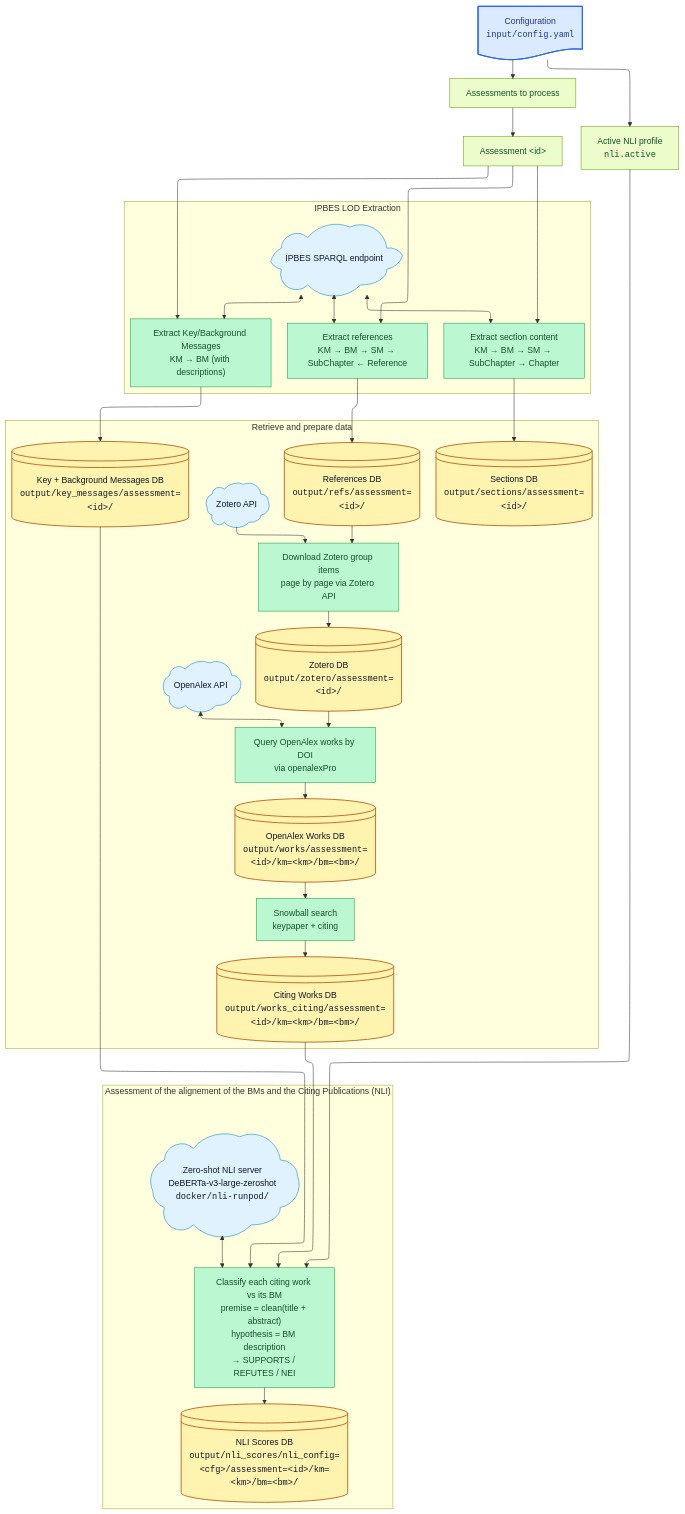
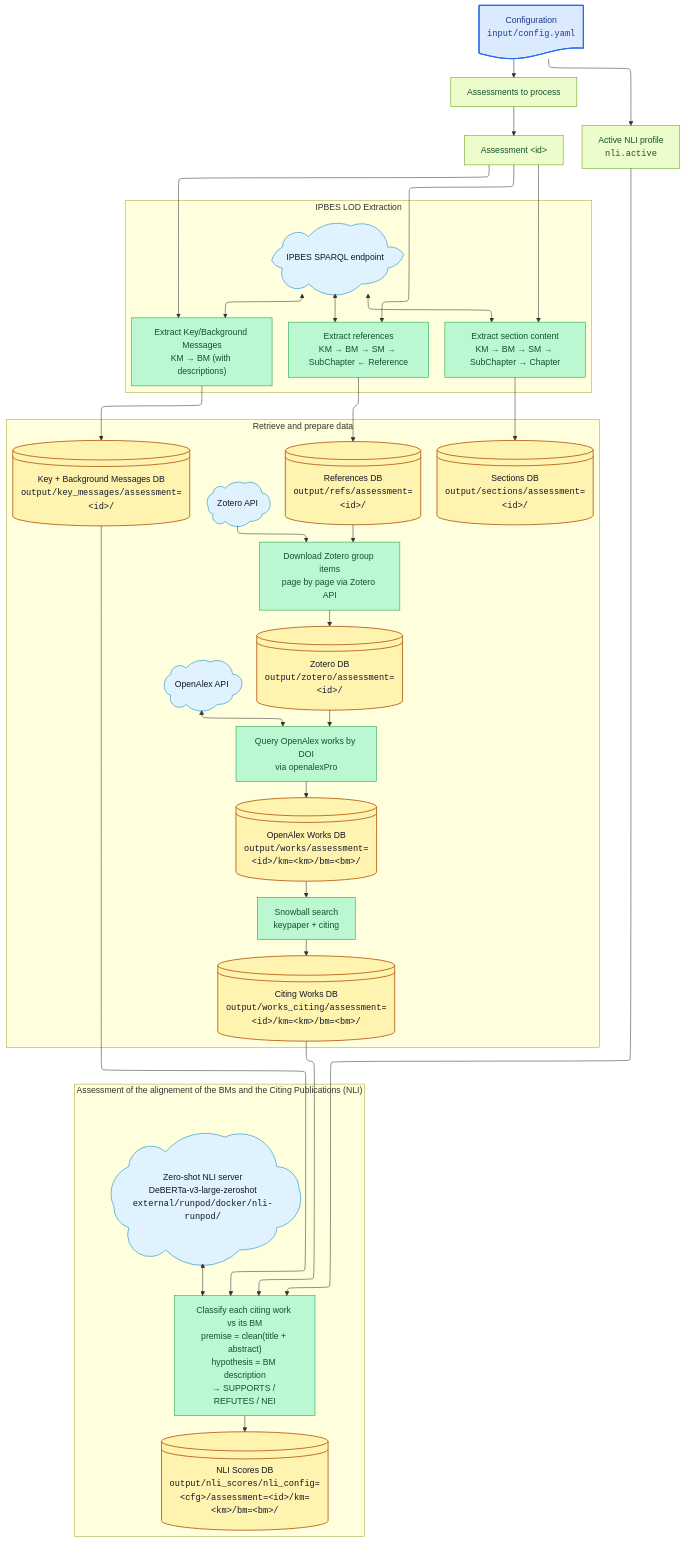
The diagram in input/mmd/workflow_nli.mmd (IPBES-Data/IPBES_BM_Fact_Checker), drawn with Mermaid before and after one commit. The commit also changed 31 other files, not shown here.

First line of the commit message:
Migrate RunPod docker/scripts to the external/runpod submodule

```diff
--- a/input/mmd/workflow_nli.mmd
+++ b/input/mmd/workflow_nli.mmd
@@ -1,113 +1,113 @@
 ---
 config:
   layout: elk
   elk:
     nodePlacementStrategy: BRANDES_KOEPF
 ---
 flowchart TD
 
   %% Configuration
   config_file@{ shape: doc, label: "Configuration <br><tt>input/config.yaml</tt>" }
   assessment_list@{ shape: rect, label: "Assessments to process" }
   assessment_id@{ shape: rect, label: "Assessment &lt;id&gt;" }
   nli_active@{ shape: rect, label: "Active NLI profile<br/><tt>nli.active</tt>" }
 
   config_file --> assessment_list
   assessment_list --> assessment_id
   assessment_id --> build_refs
 
   %% LOD Extraction — grouped so the three parallel queries stay in one horizontal band
   subgraph lod["IPBES LOD Extraction"]
     direction TB
 
     %% Nodes
     sparql@{ shape: cloud, label: "IPBES SPARQL endpoint" }
     build_refs@{ shape: rect, label: "Extract references<br/>KM → BM → SM → SubChapter ← Reference" }
     build_sections@{ shape: rect, label: "Extract section content<br/>KM → BM → SM → SubChapter → Chapter" }
     build_key_messages@{ shape: rect, label: "Extract Key/Background Messages<br/>KM → BM (with descriptions)" }
 
     %% Edges
     sparql <--> build_refs
     sparql <--> build_sections
     sparql <--> build_key_messages
   end
 
   assessment_id --> build_sections
   assessment_id --> build_key_messages
 
   subgraph data["Retrieve and prepare data"]
     direction TD
 
     %% Nodes
     refs_db@{ shape: lin-cyl, label: "References DB<br/><tt>output/refs/assessment=&lt;id&gt;/</tt>" }
     sections_db@{ shape: lin-cyl, label: "Sections DB<br/><tt>output/sections/assessment=&lt;id&gt;/</tt>" }
     key_messages_db@{ shape: lin-cyl, label: "Key + Background Messages DB<br/><tt>output/key_messages/assessment=&lt;id&gt;/</tt>" }
     zotero_api@{ shape: cloud, label: "Zotero API" }
     zotero_db@{ shape: lin-cyl, label: "Zotero DB<br/><tt>output/zotero/assessment=&lt;id&gt;/</tt>" }
     openalex@{ shape: cloud, label: "OpenAlex API" }
     works_db@{ shape: lin-cyl, label: "OpenAlex Works DB<br/><tt>output/works/assessment=&lt;id&gt;/km=&lt;km&gt;/bm=&lt;bm&gt;/</tt>" }
     citing_db@{ shape: lin-cyl, label: "Citing Works DB<br/><tt>output/works_citing/assessment=&lt;id&gt;/km=&lt;km&gt;/bm=&lt;bm&gt;/</tt>" }
     download_zotero@{ shape: rect, label: "Download Zotero group items<br/>page by page via Zotero API" }
     download_works@{ shape: rect, label: "Query OpenAlex works by DOI<br/>via openalexPro" }
     snowball@{ shape: rect, label: "Snowball search<br/>keypaper + citing" }
 
     %% Edges
     build_refs        --> refs_db
     build_sections    --> sections_db
     build_key_messages --> key_messages_db
 
     %% Download spine
     refs_db --> download_zotero
     zotero_api --> download_zotero
     download_zotero --> zotero_db
 
     zotero_db --> download_works
     openalex <--> download_works
     download_works --> works_db
 
     works_db --> snowball
     snowball --> citing_db
   end
 
   subgraph nli_assessment["Assessment of the alignement of the BMs and the Citing Publications (NLI)"]
     direction TB
 
     %% Nodes
-    nli_server@{ shape: cloud, label: "Zero-shot NLI server<br/>DeBERTa-v3-large-zeroshot<br/><tt>docker/nli-runpod/</tt>" }
+    nli_server@{ shape: cloud, label: "Zero-shot NLI server<br/>DeBERTa-v3-large-zeroshot<br/><tt>external/runpod/docker/nli-runpod/</tt>" }
     nli_scoring@{ shape: rect, label: "Classify each citing work vs its BM<br/>premise = clean(title + abstract)<br/>hypothesis = BM description<br/>→ SUPPORTS / REFUTES / NEI" }
     nli_scores_db@{ shape: lin-cyl, label: "NLI Scores DB<br/><tt>output/nli_scores/nli_config=&lt;cfg&gt;/assessment=&lt;id&gt;/km=&lt;km&gt;/bm=&lt;bm&gt;/</tt>" }
 
     %% Edges
     nli_server <--> nli_scoring
     nli_scoring --> nli_scores_db
   end
 
   %% Inputs to the NLI scoring step: BM text (hypothesis) + citing works (premise)
   key_messages_db --> nli_scoring
   citing_db --> nli_scoring
 
   %% Active NLI profile feeds scoring (determines model config + output partition)
   config_file --> nli_active
   nli_active --> nli_scoring
 
   %% Force `nli_assessment` to sit below `data` (subgraph-to-subgraph edge).
   %% Made invisible via linkStyle below so it doesn't add visual noise.
   data --> nli_assessment
 
   %% Styles
   classDef input_file  fill:#dbeafe,stroke:#2563eb,color:#1e3a8a,stroke-width:1.5px;
   classDef config      fill:#ecfccb,stroke:#65a30d,color:#14532d,stroke-width:1px;
   classDef database    fill:#fff3b0,stroke:#b45309,color:#111827,stroke-width:1.5px;
   classDef processing  fill:#bbf7d0,stroke:#16a34a,color:#14532d,stroke-width:1px;
   classDef helper      fill:#e0f2fe,stroke:#0284c7,color:#0f172a,stroke-width:1px;
   classDef disabled    fill:#f1f5f9,stroke:#94a3b8,color:#64748b,stroke-width:1px,stroke-dasharray:4 3;
 
   %% Hide the data → nli_assessment subgraph-level constraint edge (last edge, index 25).
   %% If you add or remove edges above, bump this index.
   linkStyle 25 stroke:transparent,fill:none;
 
   class config_file input_file;
   class assessment_list,assessment_id,nli_active config;
   class citing_db,refs_db,sections_db,key_messages_db,zotero_db,works_db,nli_scores_db database;
   class build_refs,build_sections,build_key_messages,download_zotero,download_works,snowball,nli_scoring processing;
   class sparql,zotero_api,openalex,nli_server helper;
```
